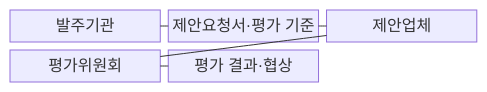
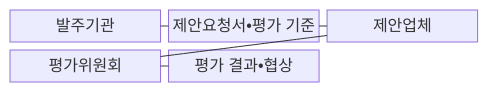
One commit to agnusdei1207/knowledge-base changed the first of 2 diagrams in src/content/docs/notes/07-law-policy/019_sw_technology_evaluation.md. Above: the diagram before and after it, drawn with Mermaid. The commit also changed other lines of this file and 953 other files, not shown here.

````diff
--- a/src/content/docs/notes/07-law-policy/019_sw_technology_evaluation.md
+++ b/src/content/docs/notes/07-law-policy/019_sw_technology_evaluation.md
@@ -73,13 +73,13 @@
 ```mermaid
 block-beta
   columns 3
   A["발주기관"]
-  B["제안요청서·평가 기준"]
+  B["제안요청서•평가 기준"]
   C["제안업체"]
   D["평가위원회"]
-  E["평가 결과·협상"]
+  E["평가 결과•협상"]
   A --- B
   B --- C
   C --- D
   D --- E
 ```
````
